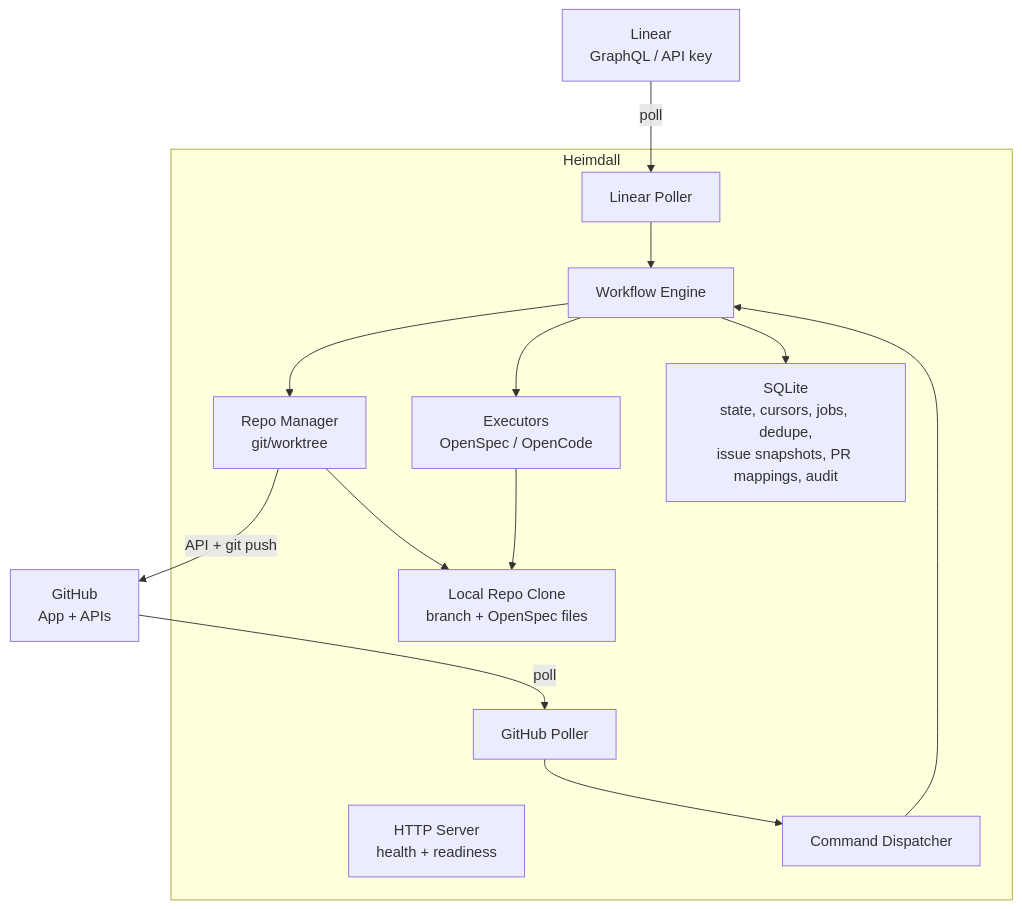
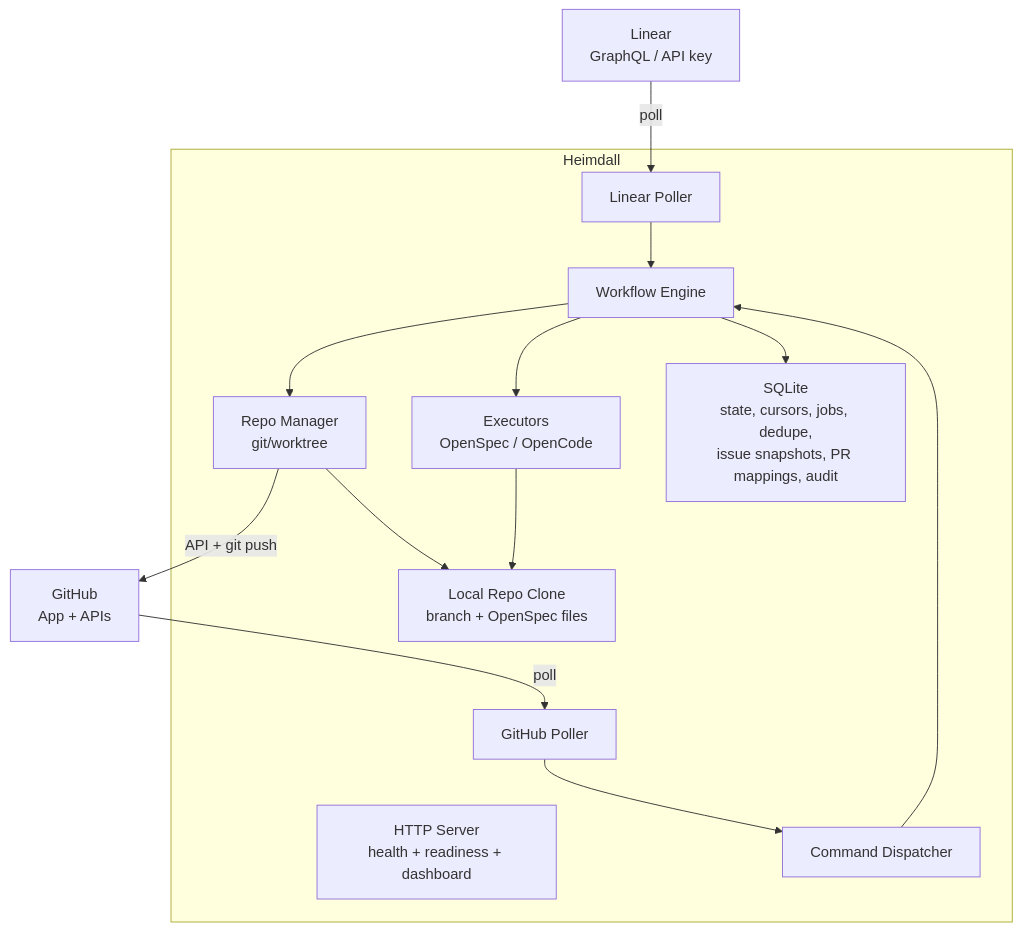
One commit to mngeow/heimdall changed the first of 3 diagrams in docs/architecture.md. Above: the diagram before and after it, drawn with Mermaid. The commit also changed other lines of this file and 24 other files, not shown here.

````diff
--- a/docs/architecture.md
+++ b/docs/architecture.md
@@ -13,27 +13,27 @@
 ```mermaid
 flowchart TB
     Linear["Linear<br/>GraphQL / API key"] -->|poll| Poller
     GitHub["GitHub<br/>App + APIs"] -->|poll| GitHubPoller
 
     subgraph Heimdall["Heimdall"]
         Poller["Linear Poller"]
         GitHubPoller["GitHub Poller"]
-        HTTPServer["HTTP Server<br/>health + readiness"]
+        HTTPServer["HTTP Server<br/>health + readiness + dashboard"]
         CommandDispatcher["Command Dispatcher"]
         WorkflowEngine["Workflow Engine"]
         RepoManager["Repo Manager<br/>git/worktree"]
         Executors["Executors<br/>OpenSpec / OpenCode"]
         LocalRepo["Local Repo Clone<br/>branch + OpenSpec files"]
         SQLite["SQLite<br/>state, cursors, jobs, dedupe,<br/>issue snapshots, PR mappings, audit"]
 
         Poller --> WorkflowEngine
         GitHubPoller --> CommandDispatcher --> WorkflowEngine
         WorkflowEngine --> RepoManager
         WorkflowEngine --> Executors
         WorkflowEngine --> SQLite
         RepoManager --> LocalRepo
         Executors --> LocalRepo
     end
 
     RepoManager -->|API + git push| GitHub
 ```
````
